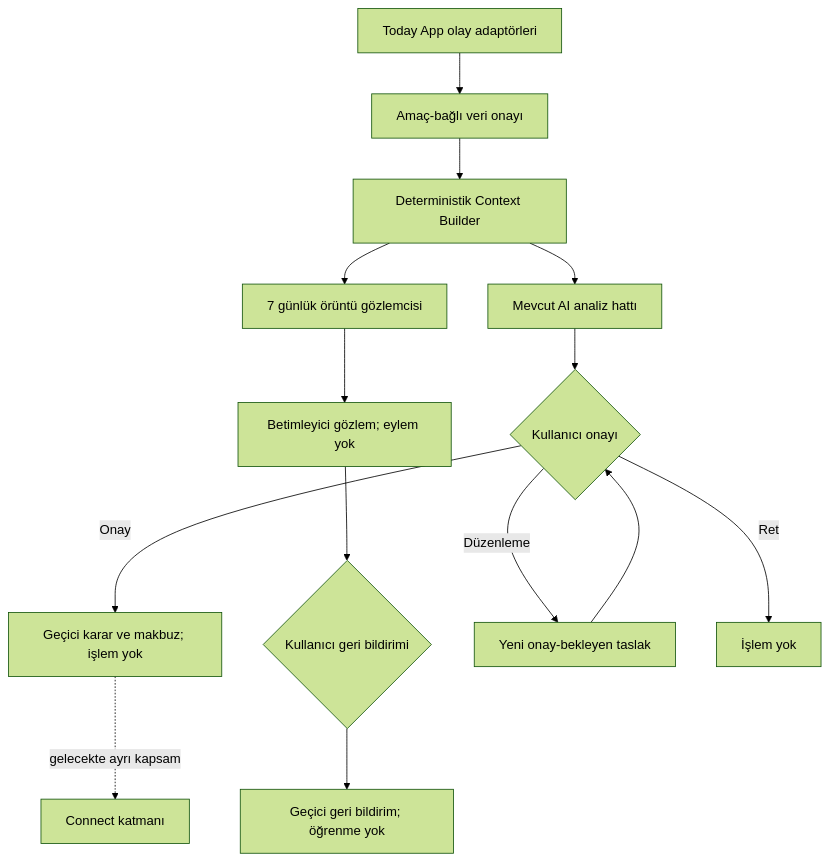
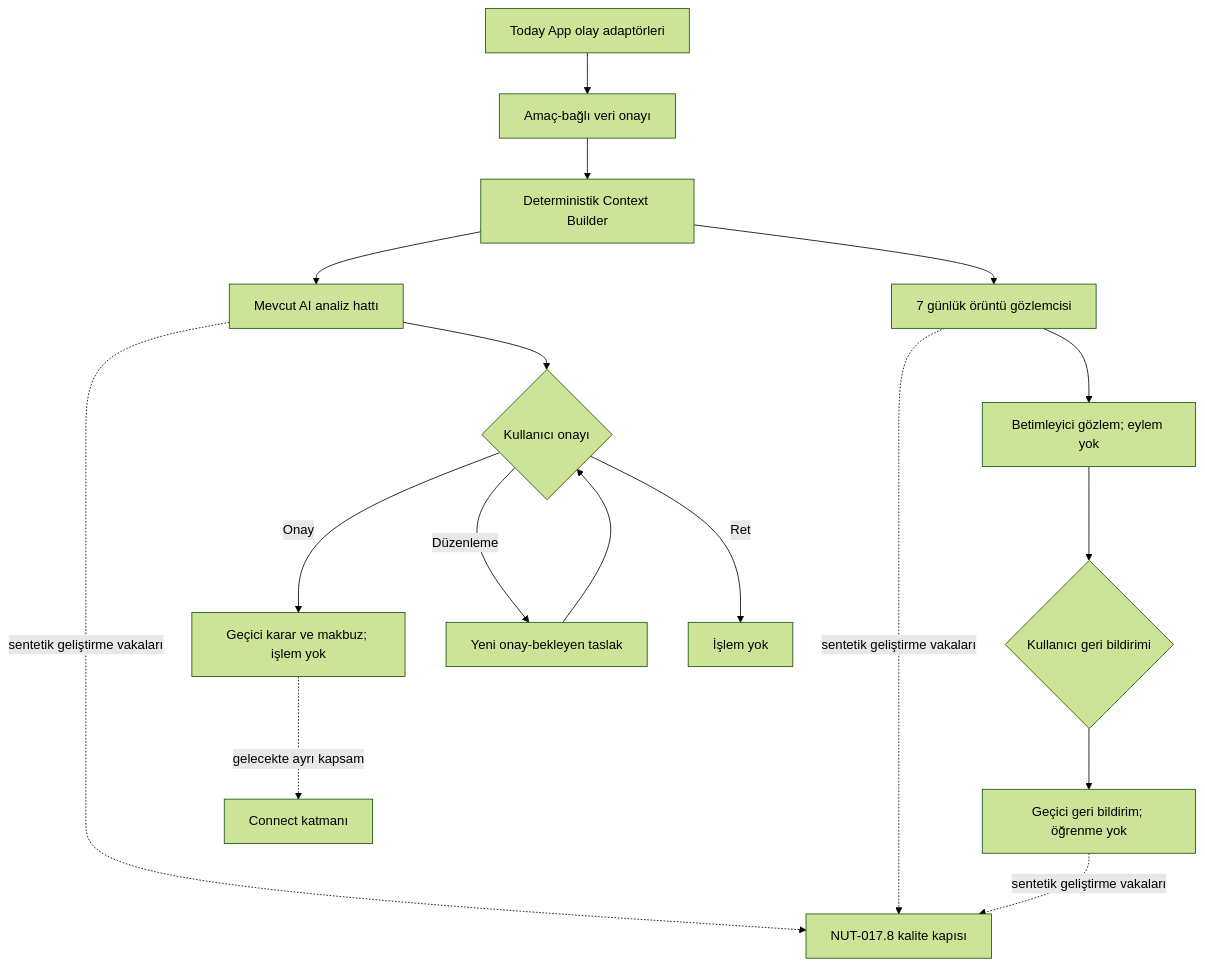
Before and after one commit to mtayfunturk-collab/Today: the diagram in Today-AI-Engine/docs/ARCHITECTURE.md, drawn with Mermaid (forest theme). The commit also changed other lines of this file and 7 other files, not shown here.

````diff
--- a/Today-AI-Engine/docs/ARCHITECTURE.md
+++ b/Today-AI-Engine/docs/ARCHITECTURE.md
@@ -29,16 +31,19 @@
 ```mermaid
 flowchart TD
   A["Today App olay adaptörleri"] --> B["Amaç-bağlı veri onayı"]
   B --> C["Deterministik Context Builder"]
   C --> D["Mevcut AI analiz hattı"]
   C --> J["7 günlük örüntü gözlemcisi"]
   J --> K["Betimleyici gözlem; eylem yok"]
   K --> L{"Kullanıcı geri bildirimi"}
   L --> M["Geçici geri bildirim; öğrenme yok"]
+  D -. "sentetik geliştirme vakaları" .-> N["NUT-017.8 kalite kapısı"]
+  J -. "sentetik geliştirme vakaları" .-> N
+  M -. "sentetik geliştirme vakaları" .-> N
   D --> E{"Kullanıcı onayı"}
   E -->|"Onay"| F["Geçici karar ve makbuz; işlem yok"]
   E -->|"Düzenleme"| H["Yeni onay-bekleyen taslak"]
   H --> E
   E -->|"Ret"| G["İşlem yok"]
   F -. "gelecekte ayrı kapsam" .-> I["Connect katmanı"]
 ```
````
